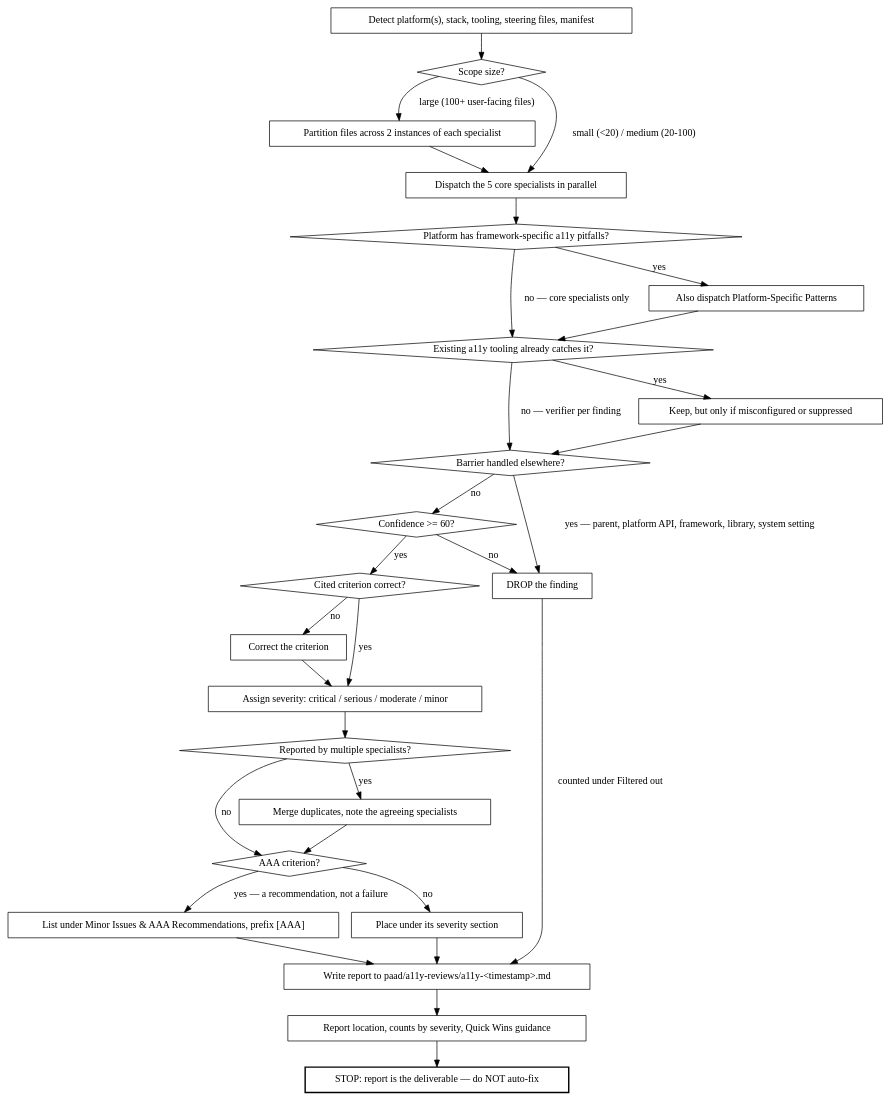
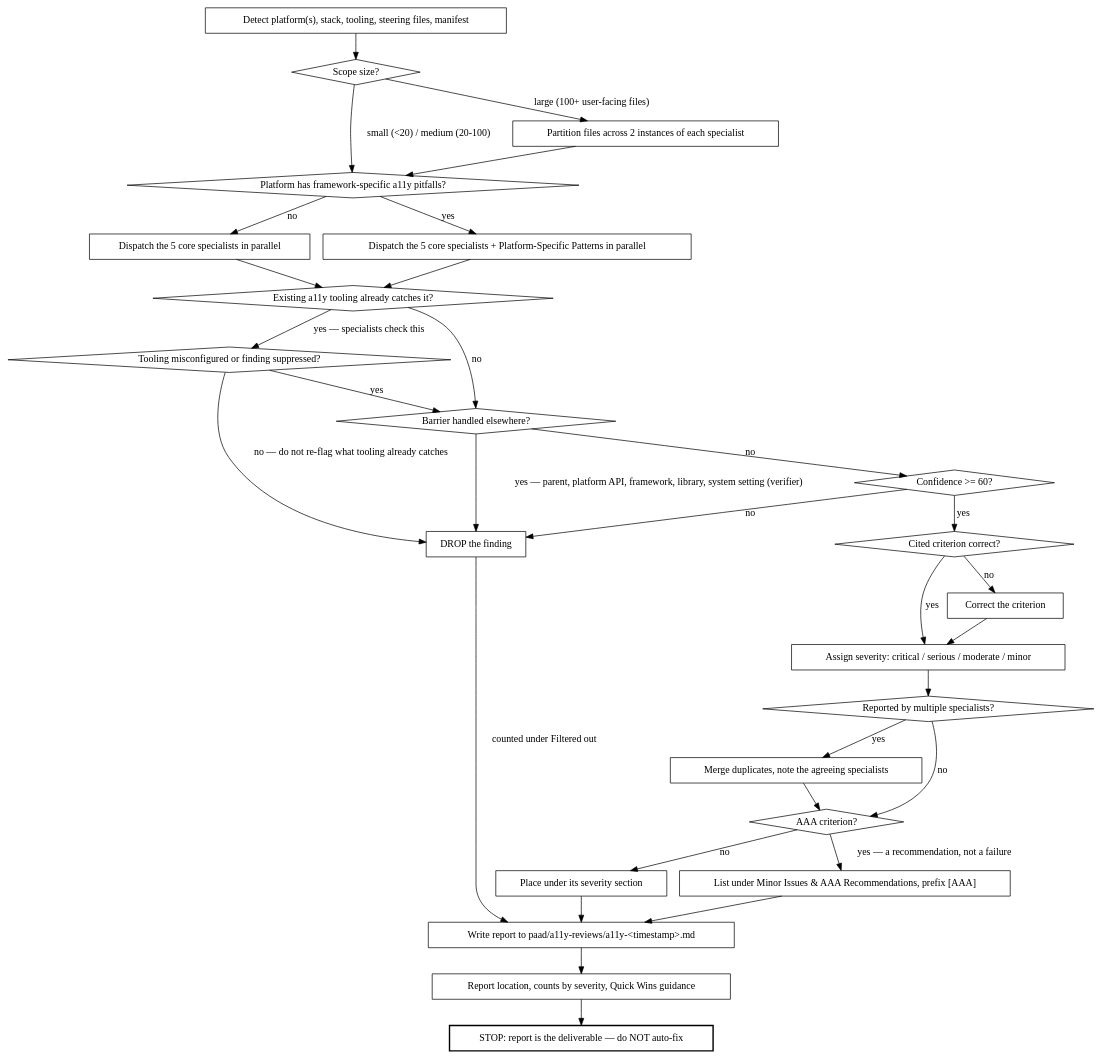
One commit to Ovid/paad changed the second of 2 diagrams in plugins/paad/skills/agentic-a11y/SKILL.md. Above: the diagram before and after it, drawn with Graphviz.

Commit message:
agentic-a11y: existing-tooling gate had no DROP edge
The prose default is 'do not re-flag issues existing tooling already
catches', with keeping as the exception. The digraph drew the exception as
an unconditional box with one outgoing edge, so a finding the tooling
already catches survived the whole chain. Now a diamond with both edges.

Also dispatches the conditional Platform-Specific Patterns specialist
alongside the core five rather than after them, matching 'dispatch these
agents simultaneously'.

````diff
--- a/plugins/paad/skills/agentic-a11y/SKILL.md
+++ b/plugins/paad/skills/agentic-a11y/SKILL.md
@@ -59,59 +59,60 @@
 ```dot
 digraph audit_flow {
   "Scope size?" [shape=diamond];
   "Platform has framework-specific a11y pitfalls?" [shape=diamond];
   "Existing a11y tooling already catches it?" [shape=diamond];
+  "Tooling misconfigured or finding suppressed?" [shape=diamond];
   "Barrier handled elsewhere?" [shape=diamond];
   "Confidence >= 60?" [shape=diamond];
   "Cited criterion correct?" [shape=diamond];
   "Reported by multiple specialists?" [shape=diamond];
   "AAA criterion?" [shape=diamond];
 
   "Detect platform(s), stack, tooling, steering files, manifest" [shape=box];
   "Partition files across 2 instances of each specialist" [shape=box];
   "Dispatch the 5 core specialists in parallel" [shape=box];
-  "Also dispatch Platform-Specific Patterns" [shape=box];
+  "Dispatch the 5 core specialists + Platform-Specific Patterns in parallel" [shape=box];
   "DROP the finding" [shape=box];
-  "Keep, but only if misconfigured or suppressed" [shape=box];
   "Correct the criterion" [shape=box];
   "Assign severity: critical / serious / moderate / minor" [shape=box];
   "Merge duplicates, note the agreeing specialists" [shape=box];
   "List under Minor Issues & AAA Recommendations, prefix [AAA]" [shape=box];
   "Place under its severity section" [shape=box];
   "Write report to paad/a11y-reviews/a11y-<timestamp>.md" [shape=box];
   "Report location, counts by severity, Quick Wins guidance" [shape=box];
   "STOP: report is the deliverable — do NOT auto-fix" [shape=box, style=bold];
 
   "Detect platform(s), stack, tooling, steering files, manifest" -> "Scope size?";
-  "Scope size?" -> "Dispatch the 5 core specialists in parallel" [label="small (<20) / medium (20-100)"];
+  "Scope size?" -> "Platform has framework-specific a11y pitfalls?" [label="small (<20) / medium (20-100)"];
   "Scope size?" -> "Partition files across 2 instances of each specialist" [label="large (100+ user-facing files)"];
-  "Partition files across 2 instances of each specialist" -> "Dispatch the 5 core specialists in parallel";
-  "Dispatch the 5 core specialists in parallel" -> "Platform has framework-specific a11y pitfalls?";
-  "Platform has framework-specific a11y pitfalls?" -> "Also dispatch Platform-Specific Patterns" [label="yes"];
-  "Platform has framework-specific a11y pitfalls?" -> "Existing a11y tooling already catches it?" [label="no — core specialists only"];
-  "Also dispatch Platform-Specific Patterns" -> "Existing a11y tooling already catches it?";
+  "Partition files across 2 instances of each specialist" -> "Platform has framework-specific a11y pitfalls?";
+  "Platform has framework-specific a11y pitfalls?" -> "Dispatch the 5 core specialists + Platform-Specific Patterns in parallel" [label="yes"];
+  "Platform has framework-specific a11y pitfalls?" -> "Dispatch the 5 core specialists in parallel" [label="no"];
+  "Dispatch the 5 core specialists in parallel" -> "Existing a11y tooling already catches it?";
+  "Dispatch the 5 core specialists + Platform-Specific Patterns in parallel" -> "Existing a11y tooling already catches it?";
 
-  "Existing a11y tooling already catches it?" -> "Keep, but only if misconfigured or suppressed" [label="yes"];
-  "Existing a11y tooling already catches it?" -> "Barrier handled elsewhere?" [label="no — verifier per finding"];
-  "Keep, but only if misconfigured or suppressed" -> "Barrier handled elsewhere?";
-  "Barrier handled elsewhere?" -> "DROP the finding" [label="yes — parent, platform API, framework, library, system setting"];
+  "Existing a11y tooling already catches it?" -> "Tooling misconfigured or finding suppressed?" [label="yes — specialists check this"];
+  "Existing a11y tooling already catches it?" -> "Barrier handled elsewhere?" [label="no"];
+  "Tooling misconfigured or finding suppressed?" -> "DROP the finding" [label="no — do not re-flag what tooling already catches"];
+  "Tooling misconfigured or finding suppressed?" -> "Barrier handled elsewhere?" [label="yes"];
+  "Barrier handled elsewhere?" -> "DROP the finding" [label="yes — parent, platform API, framework, library, system setting (verifier)"];
   "Barrier handled elsewhere?" -> "Confidence >= 60?" [label="no"];
   "Confidence >= 60?" -> "DROP the finding" [label="no"];
   "Confidence >= 60?" -> "Cited criterion correct?" [label="yes"];
   "Cited criterion correct?" -> "Assign severity: critical / serious / moderate / minor" [label="yes"];
   "Cited criterion correct?" -> "Correct the criterion" [label="no"];
   "Correct the criterion" -> "Assign severity: critical / serious / moderate / minor";
   "Assign severity: critical / serious / moderate / minor" -> "Reported by multiple specialists?";
   "Reported by multiple specialists?" -> "Merge duplicates, note the agreeing specialists" [label="yes"];
   "Reported by multiple specialists?" -> "AAA criterion?" [label="no"];
   "Merge duplicates, note the agreeing specialists" -> "AAA criterion?";
   "AAA criterion?" -> "List under Minor Issues & AAA Recommendations, prefix [AAA]" [label="yes — a recommendation, not a failure"];
   "AAA criterion?" -> "Place under its severity section" [label="no"];
 
   "List under Minor Issues & AAA Recommendations, prefix [AAA]" -> "Write report to paad/a11y-reviews/a11y-<timestamp>.md";
   "Place under its severity section" -> "Write report to paad/a11y-reviews/a11y-<timestamp>.md";
   "DROP the finding" -> "Write report to paad/a11y-reviews/a11y-<timestamp>.md" [label="counted under Filtered out"];
   "Write report to paad/a11y-reviews/a11y-<timestamp>.md" -> "Report location, counts by severity, Quick Wins guidance";
   "Report location, counts by severity, Quick Wins guidance" -> "STOP: report is the deliverable — do NOT auto-fix";
 }
 ```
````
